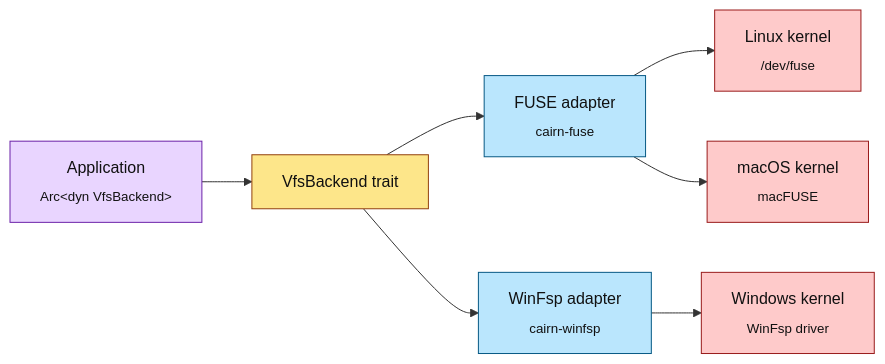
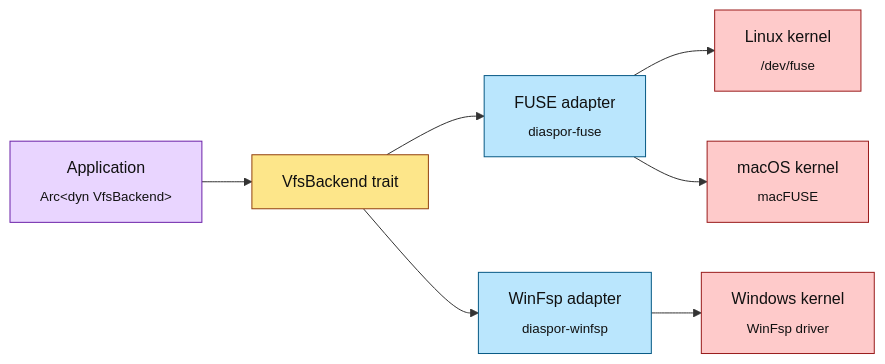
Before and after one commit to stonyp90/diaspor: the third of 4 diagrams in ARCHITECTURE.md, drawn with Mermaid. The commit also changed other lines of this file and 77 other files, not shown here.

First line of the commit message:
rebrand: cairn → diaspor

````diff
--- a/ARCHITECTURE.md
+++ b/ARCHITECTURE.md
@@ -188,27 +188,27 @@
 ```mermaid
 graph LR
     app["Application<br/><sub>Arc&lt;dyn VfsBackend&gt;</sub>"]
     trait["VfsBackend trait"]
-    fuse["FUSE adapter<br/><sub>cairn-fuse</sub>"]
-    winfsp["WinFsp adapter<br/><sub>cairn-winfsp</sub>"]
+    fuse["FUSE adapter<br/><sub>diaspor-fuse</sub>"]
+    winfsp["WinFsp adapter<br/><sub>diaspor-winfsp</sub>"]
     linuxK["Linux kernel<br/><sub>/dev/fuse</sub>"]
     macK["macOS kernel<br/><sub>macFUSE</sub>"]
     winK["Windows kernel<br/><sub>WinFsp driver</sub>"]
 
     app --> trait
     trait --> fuse
     trait --> winfsp
     fuse --> linuxK
     fuse --> macK
     winfsp --> winK
 
     classDef appCls fill:#e9d5ff,stroke:#6b21a8,color:#111
     classDef traitCls fill:#fde68a,stroke:#92400e,color:#111
     classDef adapterCls fill:#bae6fd,stroke:#075985,color:#111
     classDef kernelCls fill:#fecaca,stroke:#991b1b,color:#111
 
     class app appCls
     class trait traitCls
     class fuse,winfsp adapterCls
     class linuxK,macK,winK kernelCls
 ```
````
